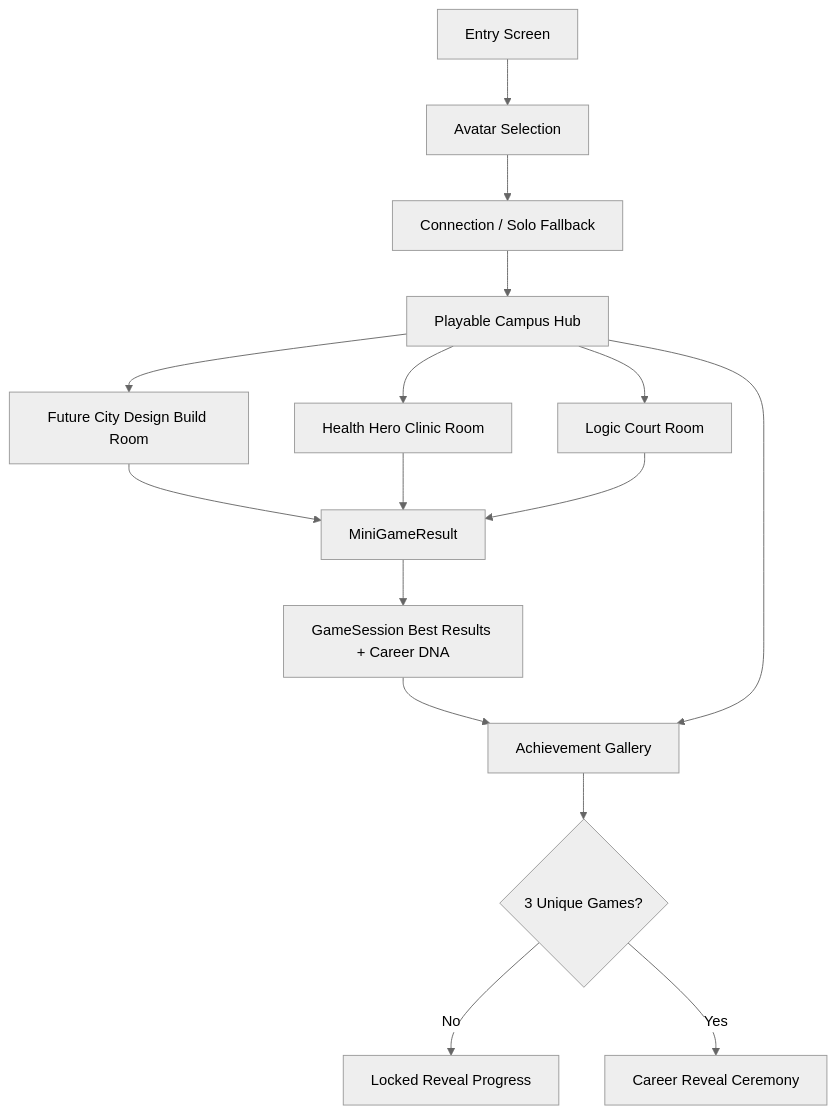
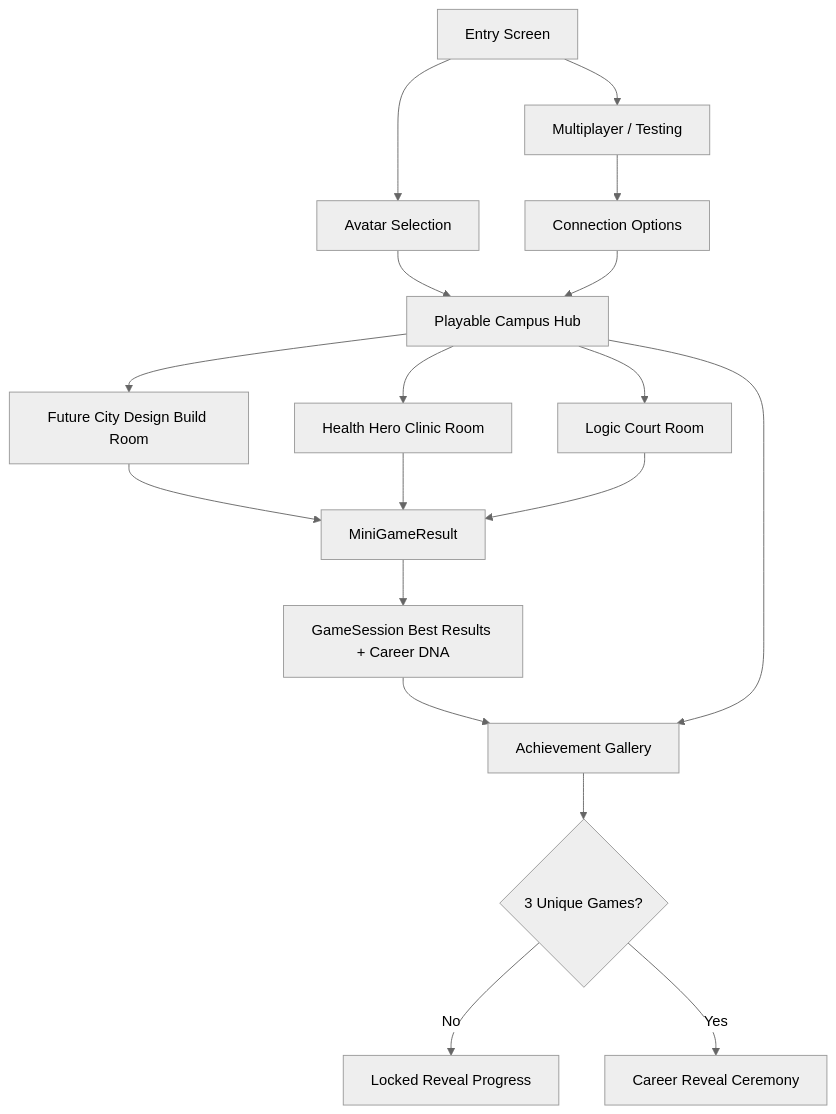
One commit to jaynyasg/Week7 changed the first of 3 diagrams in docs/plans/2026-06-09-career-quest-full-vision-plan.md. Above: the diagram before and after it, drawn with Mermaid (neutral theme). The commit also changed other lines of this file and 5 other files, not shown here.

````diff
--- a/docs/plans/2026-06-09-career-quest-full-vision-plan.md
+++ b/docs/plans/2026-06-09-career-quest-full-vision-plan.md
@@ -95,18 +108,20 @@
 ```mermaid
 flowchart TB
   Entry["Entry Screen"] --> Avatar["Avatar Selection"]
-  Avatar --> Connection["Connection / Solo Fallback"]
-  Connection --> Hub["Playable Campus Hub"]
+  Avatar --> Hub["Playable Campus Hub"]
+  Entry --> Multiplayer["Multiplayer / Testing"]
+  Multiplayer --> Connection["Connection Options"]
+  Connection --> Hub
   Hub --> DesignRoom["Future City Design Build Room"]
   Hub --> ClinicRoom["Health Hero Clinic Room"]
   Hub --> CourtRoom["Logic Court Room"]
   DesignRoom --> Results["MiniGameResult"]
   ClinicRoom --> Results
   CourtRoom --> Results
   Results --> Session["GameSession Best Results + Career DNA"]
   Session --> Gallery["Achievement Gallery"]
   Gallery --> Reveal{"3 Unique Games?"}
   Reveal -->|"No"| Locked["Locked Reveal Progress"]
   Reveal -->|"Yes"| Ceremony["Career Reveal Ceremony"]
   Hub --> Gallery
 ```
````
